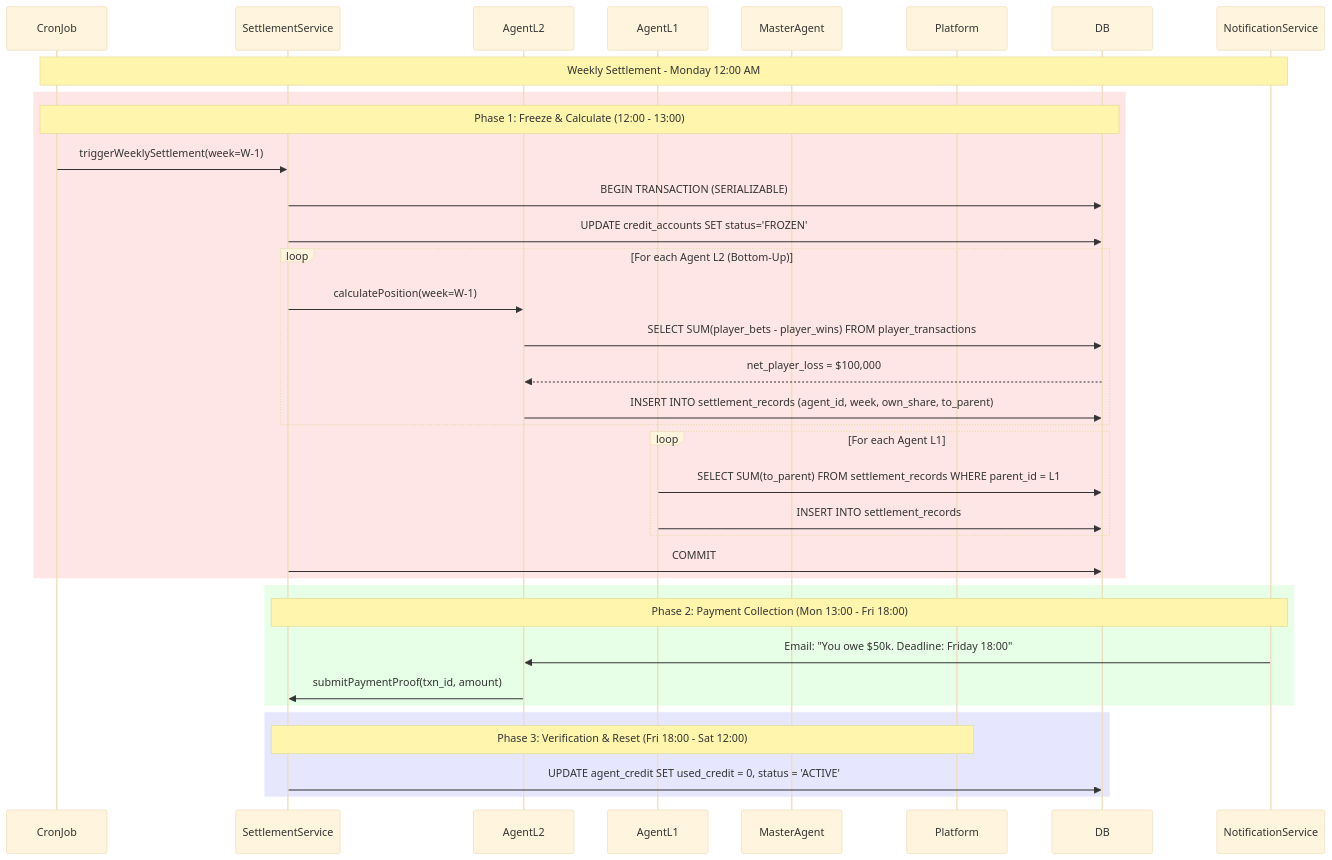
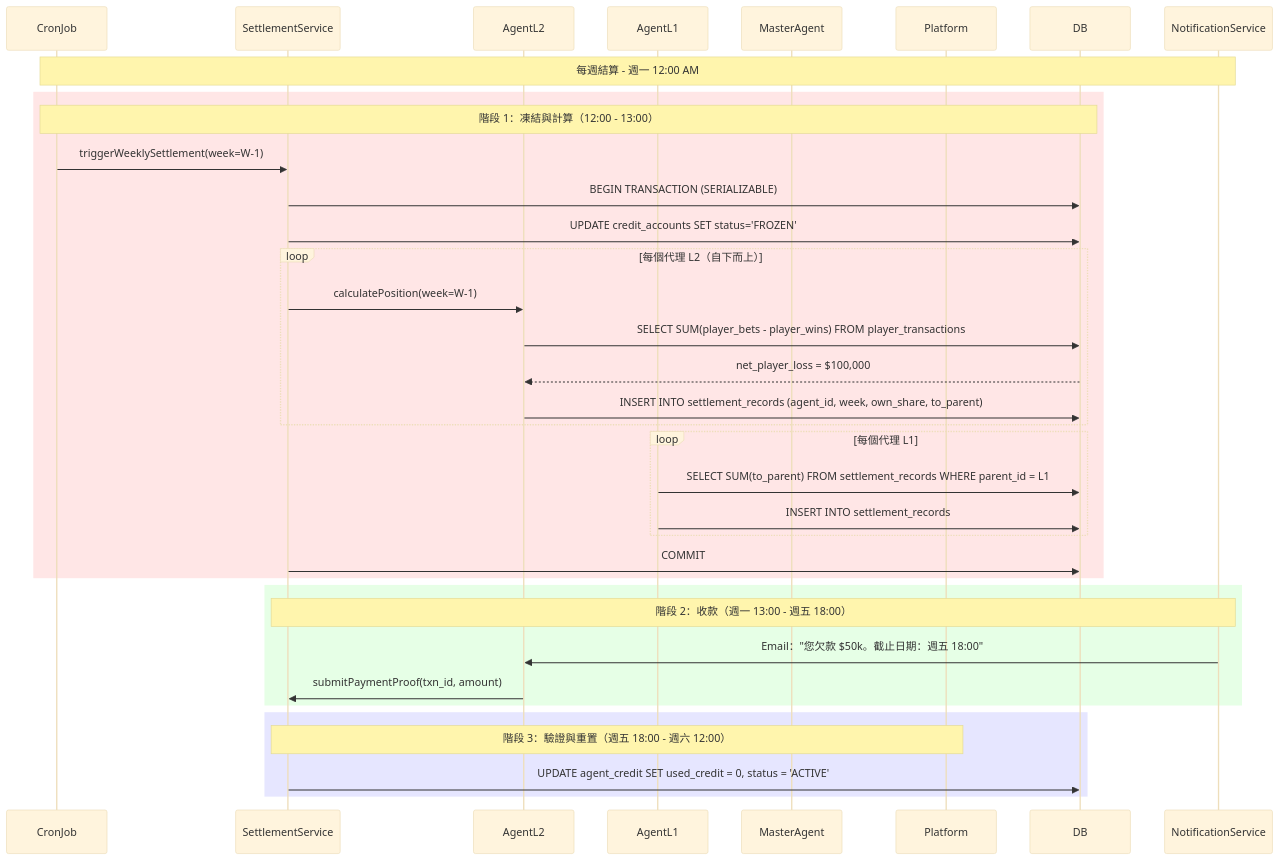
The third of 3 diagrams in docs/iGaming/architecture/07_Agent_Service/Credit_Network_Architecture.md (ron03wlb/smart-admin), drawn with Mermaid (base theme) before and after one commit. The commit also changed other lines of this file and 4 other files, not shown here.

````diff
--- a/docs/iGaming/architecture/07_Agent_Service/Credit_Network_Architecture.md
+++ b/docs/iGaming/architecture/07_Agent_Service/Credit_Network_Architecture.md
@@ -115,48 +115,48 @@
 ```mermaid
 sequenceDiagram
     participant CronJob
     participant SettlementService
     participant AgentL2
     participant AgentL1
     participant MasterAgent
     participant Platform
     participant DB
     participant NotificationService
 
-    Note over CronJob,NotificationService: Weekly Settlement - Monday 12:00 AM
+    Note over CronJob,NotificationService: 每週結算 - 週一 12:00 AM
 
     rect rgb(255, 230, 230)
-        Note over CronJob,DB: Phase 1: Freeze & Calculate (12:00 - 13:00)
+        Note over CronJob,DB: 階段 1：凍結與計算（12:00 - 13:00）
 
         CronJob->>SettlementService: triggerWeeklySettlement(week=W-1)
         SettlementService->>DB: BEGIN TRANSACTION (SERIALIZABLE)
         SettlementService->>DB: UPDATE credit_accounts SET status='FROZEN'
 
-        loop For each Agent L2 (Bottom-Up)
+        loop 每個代理 L2（自下而上）
             SettlementService->>AgentL2: calculatePosition(week=W-1)
             AgentL2->>DB: SELECT SUM(player_bets - player_wins) FROM player_transactions
             DB-->>AgentL2: net_player_loss = $100,000
             AgentL2->>DB: INSERT INTO settlement_records (agent_id, week, own_share, to_parent)
         end
 
-        loop For each Agent L1
+        loop 每個代理 L1
             AgentL1->>DB: SELECT SUM(to_parent) FROM settlement_records WHERE parent_id = L1
             AgentL1->>DB: INSERT INTO settlement_records
         end
 
         SettlementService->>DB: COMMIT
     end
 
     rect rgb(230, 255, 230)
-        Note over SettlementService,NotificationService: Phase 2: Payment Collection (Mon 13:00 - Fri 18:00)
+        Note over SettlementService,NotificationService: 階段 2：收款（週一 13:00 - 週五 18:00）
 
-        NotificationService->>AgentL2: Email: "You owe $50k. Deadline: Friday 18:00"
+        NotificationService->>AgentL2: Email："您欠款 $50k。截止日期：週五 18:00"
         AgentL2->>SettlementService: submitPaymentProof(txn_id, amount)
     end
 
     rect rgb(230, 230, 255)
-        Note over SettlementService,Platform: Phase 3: Verification & Reset (Fri 18:00 - Sat 12:00)
+        Note over SettlementService,Platform: 階段 3：驗證與重置（週五 18:00 - 週六 12:00）
 
         SettlementService->>DB: UPDATE agent_credit SET used_credit = 0, status = 'ACTIVE'
     end
 ```
````
